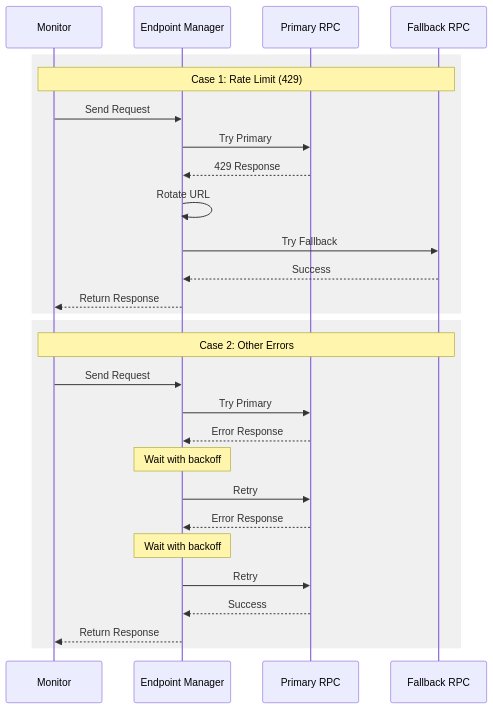
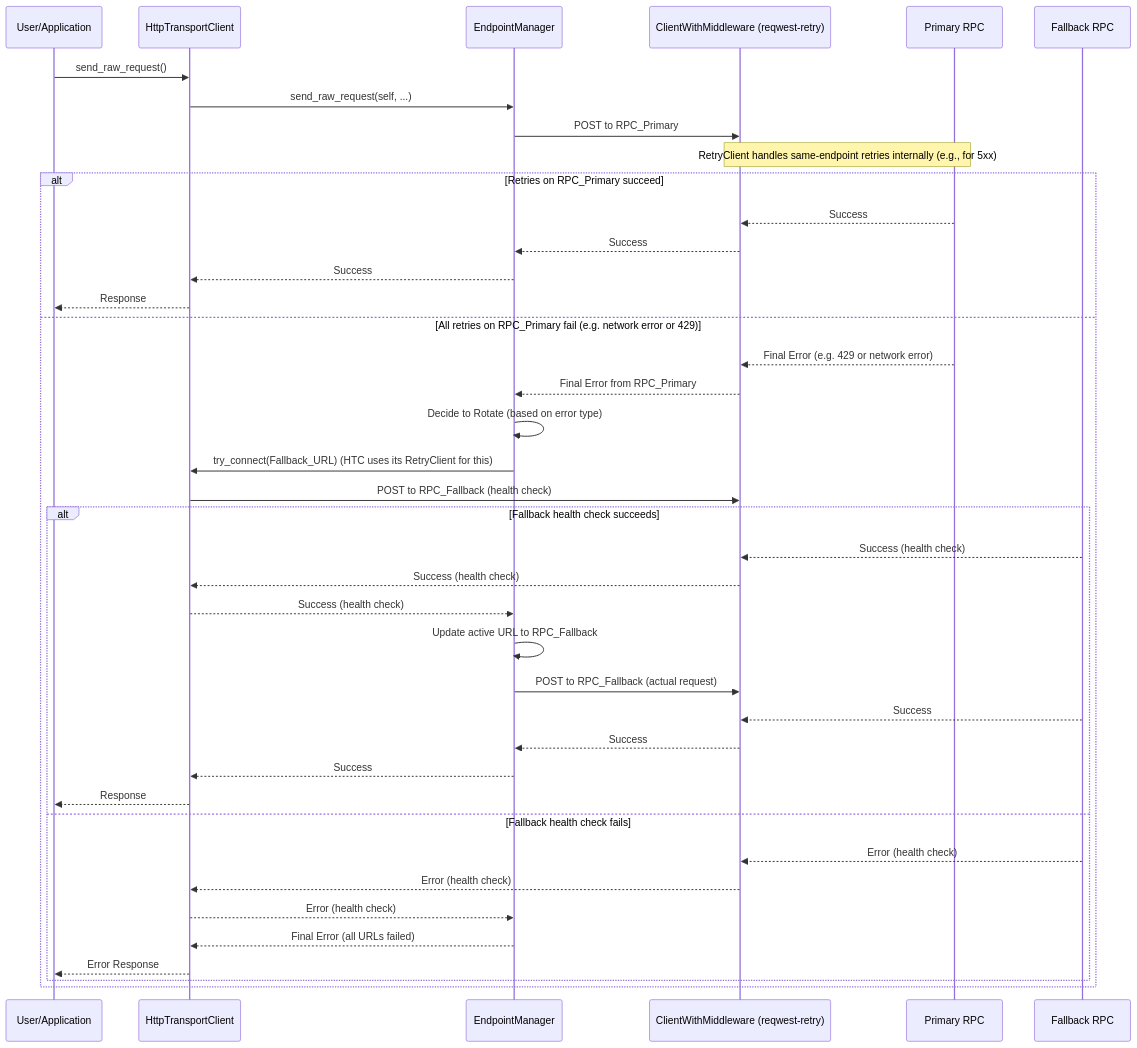
Before and after one commit to stevedylandev/openzeppelin-monitor: the first of 2 diagrams in docs/modules/ROOT/pages/rpc.adoc, drawn with Mermaid. The commit also changed other lines of this file and 14 other files, not shown here.

First line of the commit message:
feat: Introduce centralized retryable HTTP client creation (#273)

```diff
--- a/docs/modules/ROOT/pages/rpc.adoc
+++ b/docs/modules/ROOT/pages/rpc.adoc
@@ -207,33 +198,44 @@
 [mermaid,width=100%]
 ....
 sequenceDiagram
-    participant M as Monitor
-    participant EM as Endpoint Manager
-    participant P as Primary RPC
-    participant F as Fallback RPC
+    participant User as User/Application
+    participant HTC as HttpTransportClient
+    participant EM as EndpointManager
+    participant RetryClient as ClientWithMiddleware (reqwest-retry)
+    participant RPC_Primary as Primary RPC
+    participant RPC_Fallback as Fallback RPC
 
-    rect rgb(240, 240, 240)
-        Note over M,F: Case 1: Rate Limit (429)
-        M->>EM: Send Request
-        EM->>P: Try Primary
-        P-->>EM: 429 Response
-        EM->>EM: Rotate URL
-        EM->>F: Try Fallback
-        F-->>EM: Success
-        EM-->>M: Return Response
-    end
-
-    rect rgb(240, 240, 240)
-        Note over M,F: Case 2: Other Errors
-        M->>EM: Send Request
-        EM->>P: Try Primary
-        P-->>EM: Error Response
-        Note over EM: Wait with backoff
-        EM->>P: Retry #1
-        P-->>EM: Error Response
-        Note over EM: Wait with backoff
-        EM->>P: Retry #2
-        P-->>EM: Success
-        EM-->>M: Return Response
+    User->>HTC: send_raw_request()
+    HTC->>EM: send_raw_request(self, ...)
+    EM->>RetryClient: POST to RPC_Primary
+    Note over RetryClient, RPC_Primary: RetryClient handles same-endpoint retries internally (e.g., for 5xx)
+    alt Retries on RPC_Primary succeed
+        RPC_Primary-->>RetryClient: Success
+        RetryClient-->>EM: Success
+        EM-->>HTC: Success
+        HTC-->>User: Response
+    else All retries on RPC_Primary fail (e.g. network error or 429)
+        RPC_Primary-->>RetryClient: Final Error (e.g. 429 or network error)
+        RetryClient-->>EM: Final Error from RPC_Primary
+        EM->>EM: Decide to Rotate (based on error type)
+        EM->>HTC: try_connect(Fallback_URL) (HTC uses its RetryClient for this)
+        HTC->>RetryClient: POST to RPC_Fallback (health check)
+        alt Fallback health check succeeds
+            RPC_Fallback-->>RetryClient: Success (health check)
+            RetryClient-->>HTC: Success (health check)
+            HTC-->>EM: Success (health check)
+            EM->>EM: Update active URL to RPC_Fallback
+            EM->>RetryClient: POST to RPC_Fallback (actual request)
+            RPC_Fallback-->>RetryClient: Success
+            RetryClient-->>EM: Success
+            EM-->>HTC: Success
+            HTC-->>User: Response
+        else Fallback health check fails
+            RPC_Fallback-->>RetryClient: Error (health check)
+            RetryClient-->>HTC: Error (health check)
+            HTC-->>EM: Error (health check)
+            EM-->>HTC: Final Error (all URLs failed)
+            HTC-->>User: Error Response
+        end
     end
 ....
```
